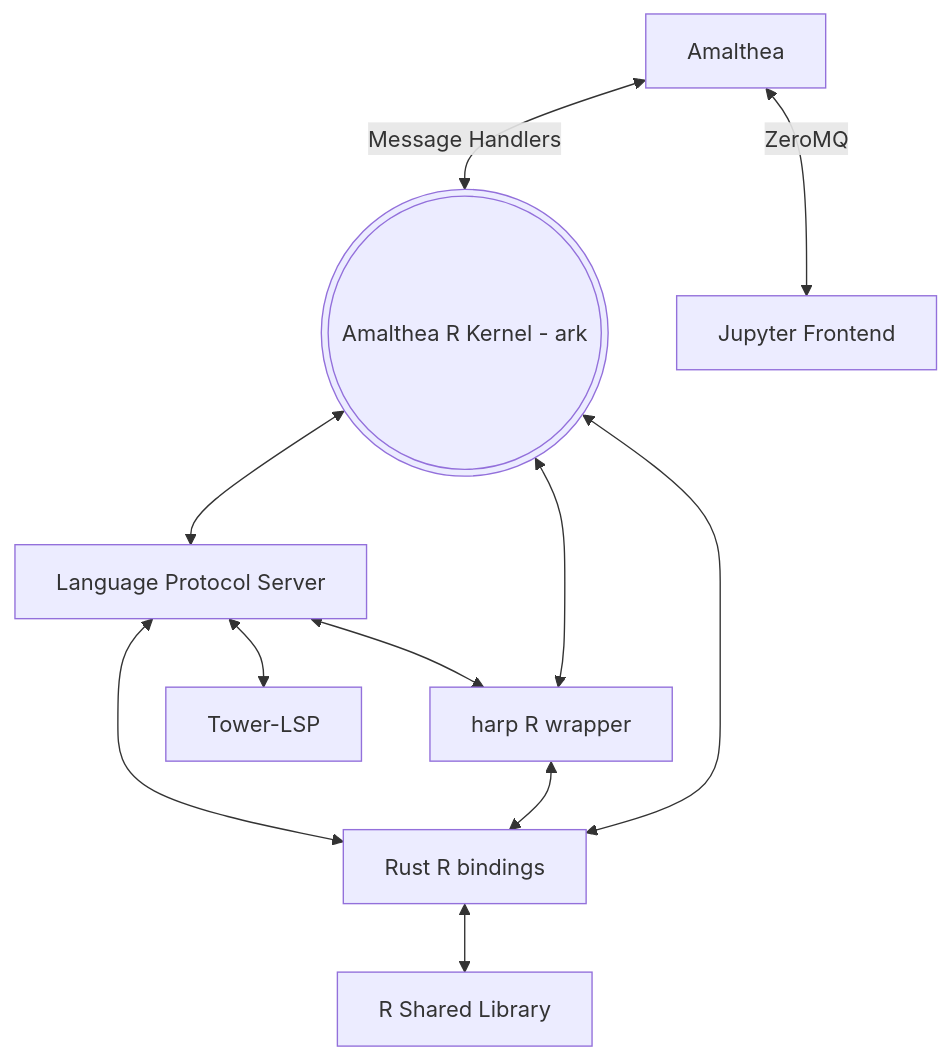
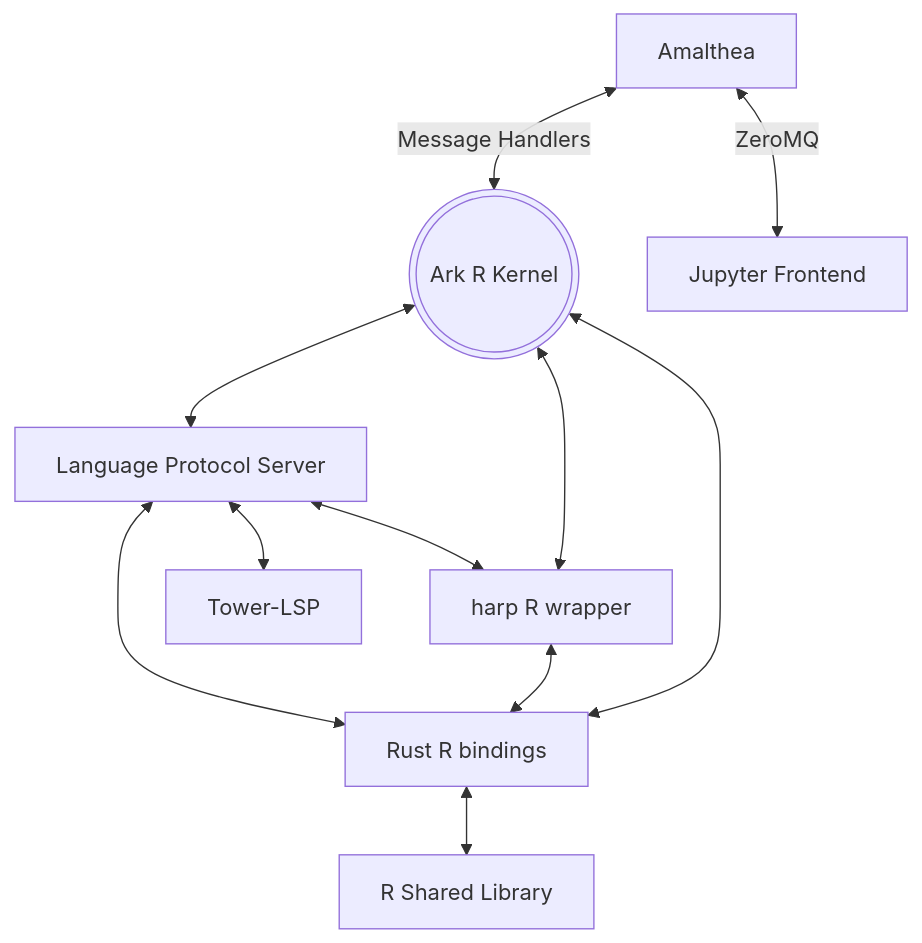
Before and after one commit to posit-dev/ark: the diagram in crates/amalthea/README.md, drawn with Mermaid. The commit also changed 9 other files, not shown here.

````diff
--- a/crates/amalthea/README.md
+++ b/crates/amalthea/README.md
@@ -5,13 +5,13 @@
 ```mermaid
 flowchart TD
-a[Amalthea] <--Message Handlers--> ark(((Amalthea R Kernel - ark)))
+a[Amalthea] <--Message Handlers--> ark(((Ark R Kernel)))
 a <--ZeroMQ--> jf[Jupyter Frontend]
 ark <--> lsp[Language Protocol Server]
 ark <--> h[harp R wrapper]
 ark <--> libr[Rust R bindings]
 h <--> libr
 libr <--> r[R Shared Library]
 lsp <--> h
 lsp <--> libr
 lsp <--> tower[Tower-LSP]
 ```
````
